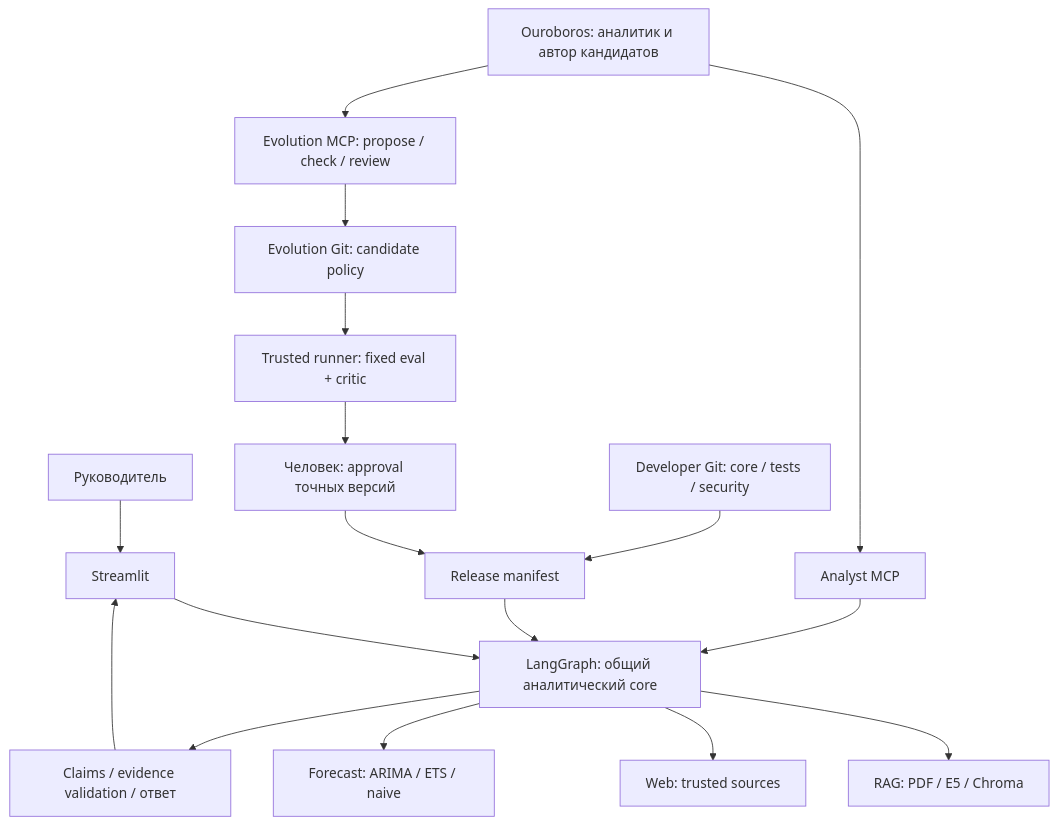
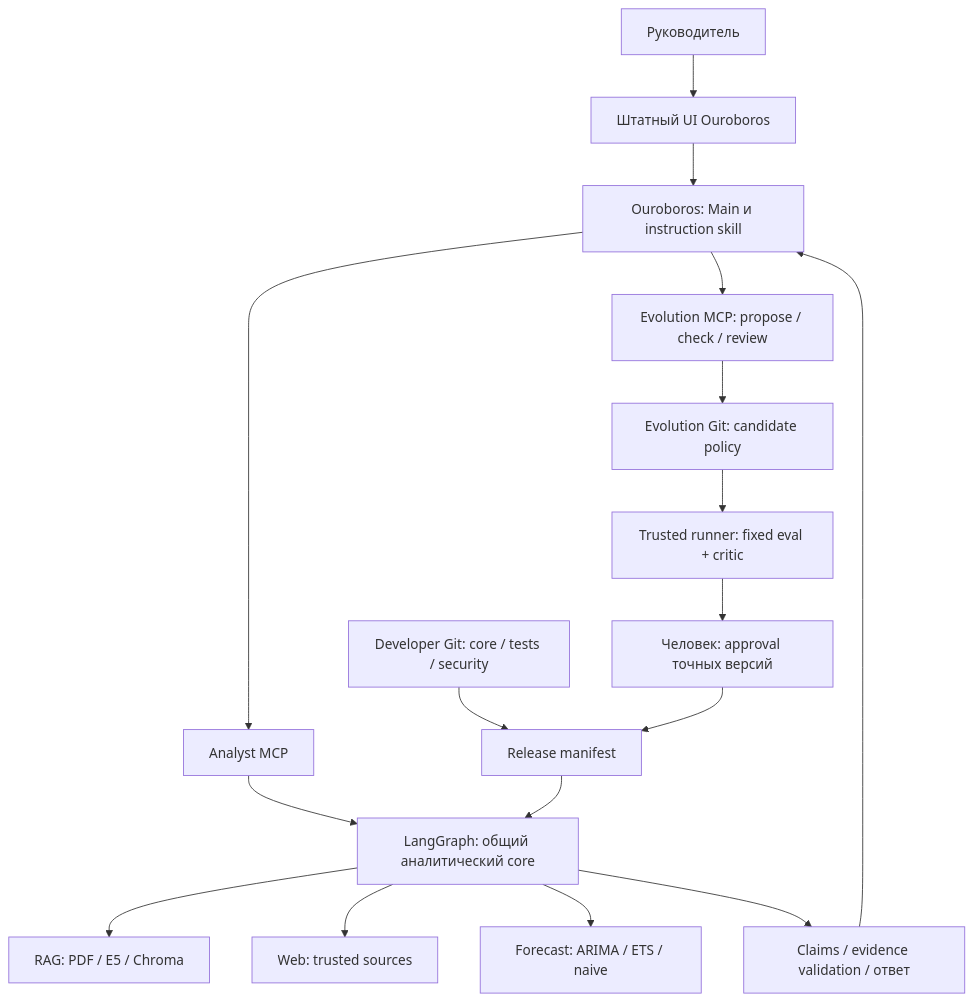
The first of 2 diagrams in ARCHITECTURE.md (HolyBayes/oilagent-core), drawn with Mermaid before and after one commit. The commit also changed other lines of this file and 25 other files, not shown here.

````diff
--- a/ARCHITECTURE.md
+++ b/ARCHITECTURE.md
@@ -28,19 +28,20 @@
 ```mermaid
 flowchart TB
-    U[Руководитель] --> UI[Streamlit]
-    UI --> G[LangGraph: общий аналитический core]
-    O[Ouroboros: аналитик и автор кандидатов] --> M[Analyst MCP]
+    U[Руководитель] --> UI[Штатный UI Ouroboros]
+    UI --> O[Ouroboros: Main и instruction skill]
+    O --> M[Analyst MCP]
+    G[LangGraph: общий аналитический core]
     M --> G
     G --> R[RAG: PDF / E5 / Chroma]
     G --> W[Web: trusted sources]
     G --> F[Forecast: ARIMA / ETS / naive]
     G --> V[Claims / evidence validation / ответ]
-    V --> UI
+    V --> O
     O --> X[Evolution MCP: propose / check / review]
     X --> E[Evolution Git: candidate policy]
     E --> C[Trusted runner: fixed eval + critic]
     C --> H[Человек: approval точных версий]
     D[Developer Git: core / tests / security] --> B[Release manifest]
     H --> B
     B --> G
 ```
````
